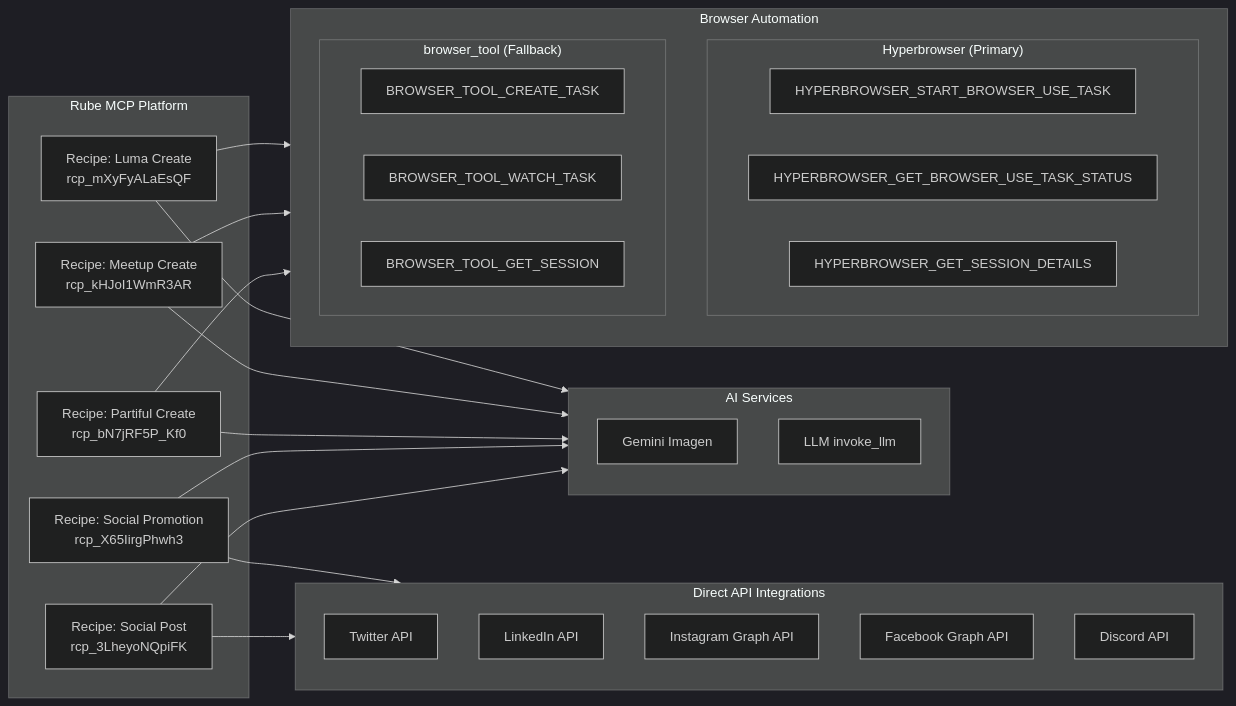
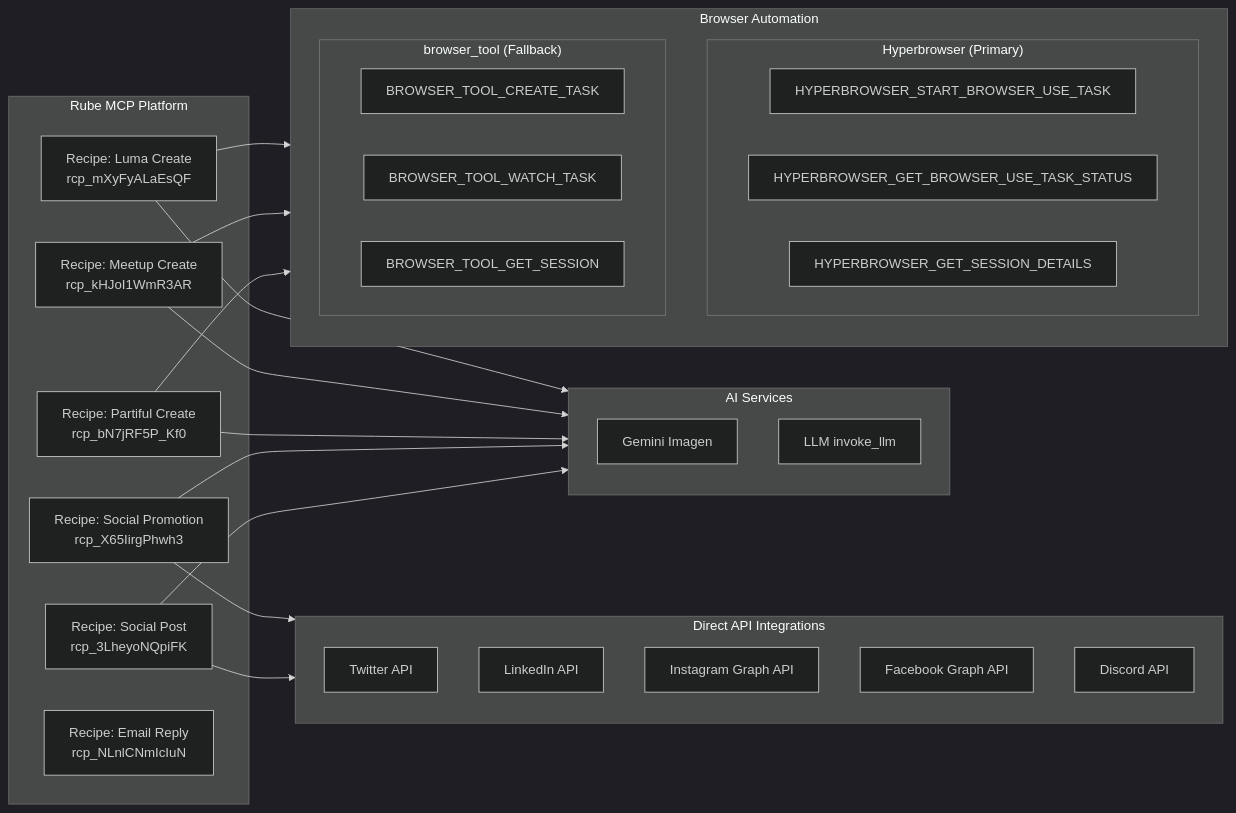
Before and after one commit to Coffee-Code-Philly-Accelerator/CCP-Digital-Marketing: the second of 9 diagrams in README.md, drawn with Mermaid (dark theme). The commit also changed other lines of this file and 6630 other files, not shown here.

````diff
--- a/README.md
+++ b/README.md
@@ -63,43 +64,44 @@
 ```mermaid
 flowchart LR
     subgraph Rube["Rube MCP Platform"]
         R1[Recipe: Luma Create<br/>rcp_mXyFyALaEsQF]
         R2[Recipe: Meetup Create<br/>rcp_kHJoI1WmR3AR]
         R3[Recipe: Partiful Create<br/>rcp_bN7jRF5P_Kf0]
         R4[Recipe: Social Promotion<br/>rcp_X65IirgPhwh3]
         R5[Recipe: Social Post<br/>rcp_3LheyoNQpiFK]
+        R6[Recipe: Email Reply<br/>rcp_NLnlCNmIcIuN]
     end
 
     subgraph Browser["Browser Automation"]
         subgraph HB["Hyperbrowser (Primary)"]
             BA1[HYPERBROWSER_START_BROWSER_USE_TASK]
             BB1[HYPERBROWSER_GET_BROWSER_USE_TASK_STATUS]
             BC1[HYPERBROWSER_GET_SESSION_DETAILS]
         end
         subgraph BT["browser_tool (Fallback)"]
             BA2[BROWSER_TOOL_CREATE_TASK]
             BB2[BROWSER_TOOL_WATCH_TASK]
             BC2[BROWSER_TOOL_GET_SESSION]
         end
     end
 
     subgraph APIs["Direct API Integrations"]
         API1[Twitter API]
         API2[LinkedIn API]
         API3[Instagram Graph API]
         API4[Facebook Graph API]
         API5[Discord API]
     end
 
     subgraph AI["AI Services"]
         AI1[Gemini Imagen]
         AI2[LLM invoke_llm]
     end
 
     R1 & R2 & R3 --> Browser
     R1 & R2 & R3 --> AI
     R4 --> APIs
     R4 --> AI
     R5 --> APIs
     R5 --> AI
 ```
````
